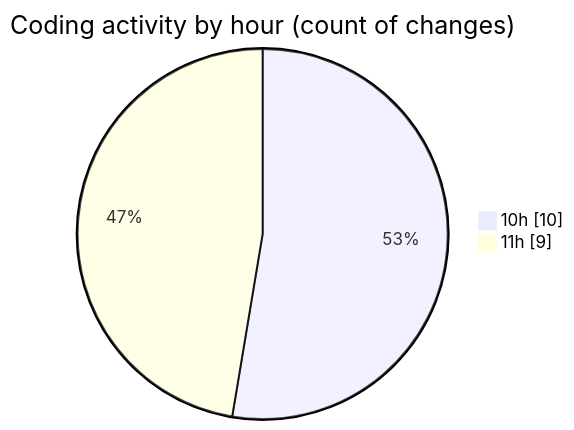
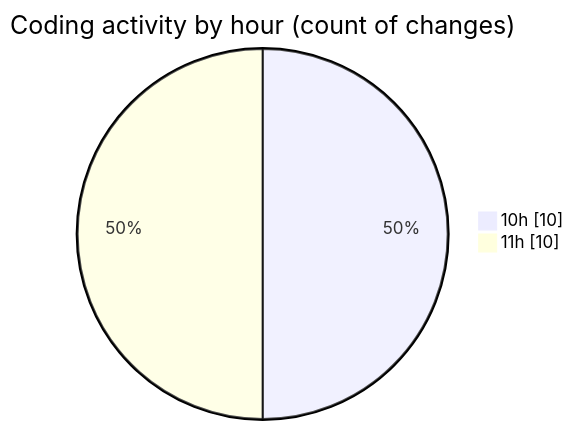
Before and after one commit to donsfak/code-tracking: the second of 2 diagrams in 2025-02-18/uber_clone/README.md, drawn with Mermaid. The commit also changed other lines of this file and 1 other file, not shown here.

````diff
--- a/2025-02-18/uber_clone/README.md
+++ b/2025-02-18/uber_clone/README.md
@@ -29,6 +29,6 @@
 ```mermaid
 pie showData
 title Coding activity by hour (count of changes)
 "10h" : 10
-"11h" : 9
+"11h" : 10
 ```
````
